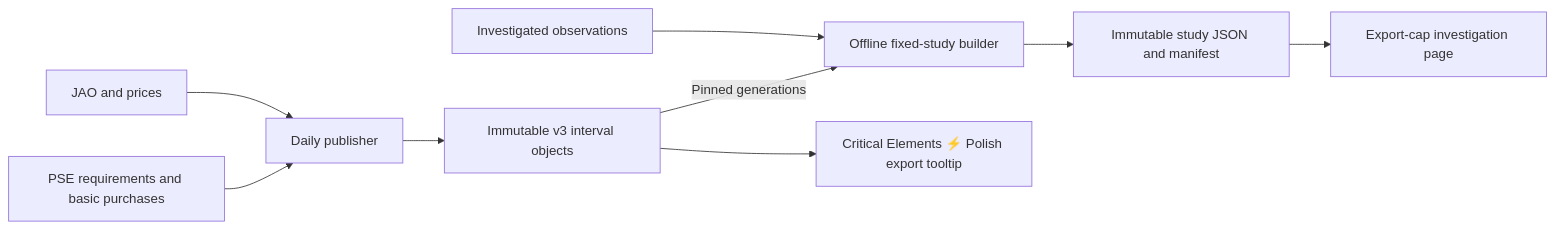
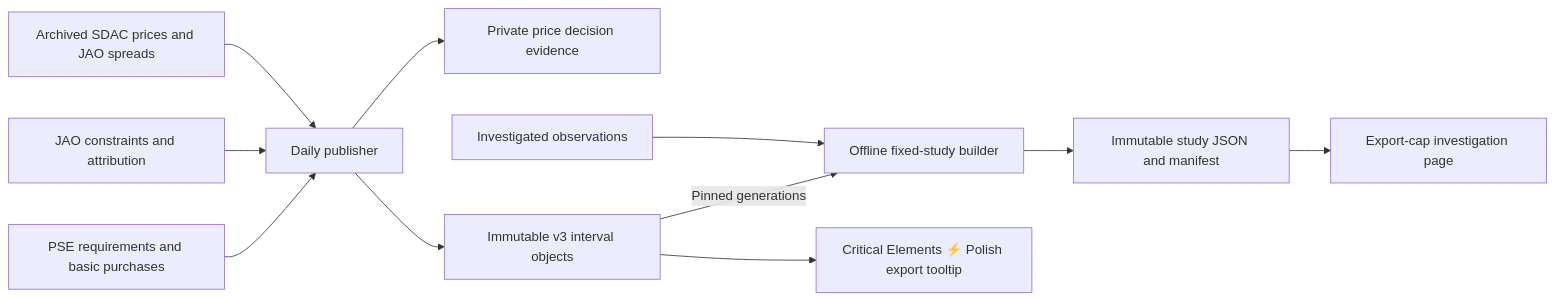
One commit to zoltanmaric/coppersushi changed the diagram in coppersushi/pipelines/cnec/README.md. Above: the diagram before and after it, drawn with Mermaid. The commit also changed other lines of this file and 20 other files, not shown here.

First line of the commit message:
Publish Critical Elements from cutoff-matched market prices (#341)

````diff
--- a/coppersushi/pipelines/cnec/README.md
+++ b/coppersushi/pipelines/cnec/README.md
@@ -20,11 +20,13 @@
 ```mermaid
 flowchart LR
     PSE["PSE requirements and basic purchases"] --> Publisher["Daily publisher"]
-    Market["JAO and prices"] --> Publisher
+    JAO["JAO constraints and attribution"] --> Publisher
+    Archive["Archived SDAC prices and JAO spreads"] --> Publisher
+    Publisher --> Decision["Private price decision evidence"]
     Publisher --> Objects["Immutable v3 interval objects"]
     Objects -->|Pinned generations| Study["Offline fixed-study builder"]
     Baseline["Investigated observations"] --> Study
     Study --> Artifact["Immutable study JSON and manifest"]
     Artifact --> Page["Export-cap investigation page"]
     Objects --> Tooltip["Critical Elements ⚡️ Polish export tooltip"]
 ```
````
